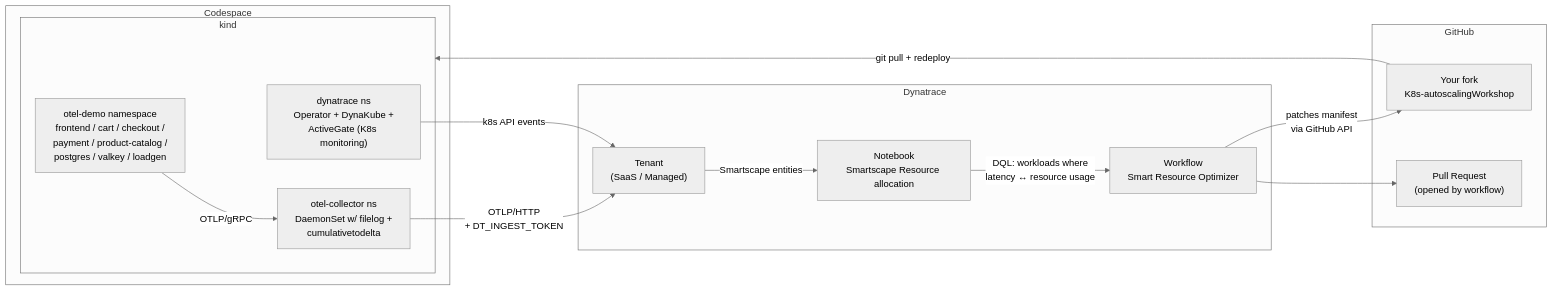
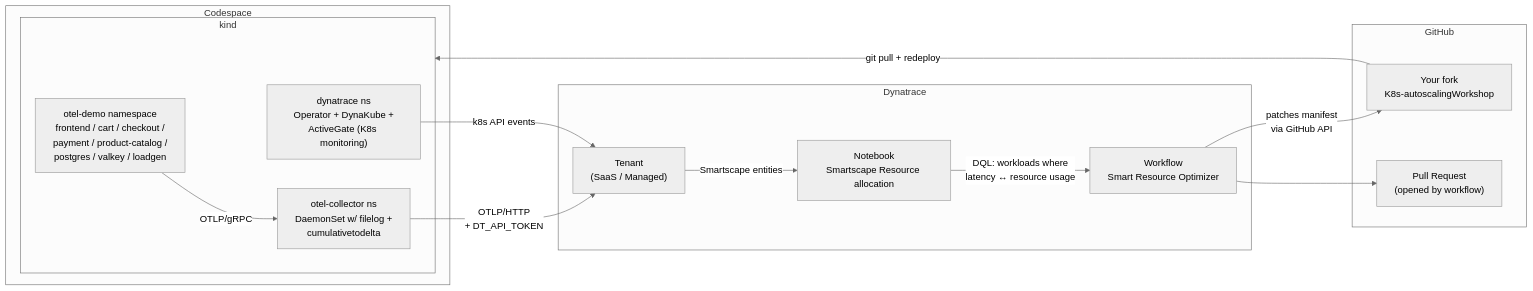
Before and after one commit to henrikrexed/K8s-autoscalingWorkshop: the diagram in docs/index.md, drawn with Mermaid (neutral theme). The commit also changed 7 other files, not shown here.

````diff
--- a/docs/index.md
+++ b/docs/index.md
@@ -26,29 +26,29 @@
 ```mermaid
 graph LR
     subgraph Codespace
         kind["kind cluster<br/>(named from $CODESPACE_NAME)"]
     end
     subgraph kind
         otel_demo["otel-demo namespace<br/>frontend / cart / checkout /<br/>payment / product-catalog /<br/>postgres / valkey / loadgen"]
         otel_collector["otel-collector ns<br/>DaemonSet w/ filelog +<br/>cumulativetodelta"]
         dynatrace_ns["dynatrace ns<br/>Operator + DynaKube +<br/>ActiveGate (K8s monitoring)"]
     end
     subgraph Dynatrace
         tenant["Tenant<br/>(SaaS / Managed)"]
         notebook["Notebook<br/>Smartscape Resource allocation"]
         workflow["Workflow<br/>Smart Resource Optimizer"]
     end
     subgraph GitHub
         fork["Your fork<br/>K8s-autoscalingWorkshop"]
         pr["Pull Request<br/>(opened by workflow)"]
     end
 
     otel_demo -- "OTLP/gRPC" --> otel_collector
-    otel_collector -- "OTLP/HTTP<br/>+ DT_INGEST_TOKEN" --> tenant
+    otel_collector -- "OTLP/HTTP<br/>+ DT_API_TOKEN" --> tenant
     dynatrace_ns -- "k8s API events" --> tenant
     tenant -- "Smartscape entities" --> notebook
     notebook -- "DQL: workloads where<br/>latency ↔ resource usage" --> workflow
     workflow -- "patches manifest<br/>via GitHub API" --> fork
     workflow --> pr
     fork -- "git pull + redeploy" --> kind
 ```
````
